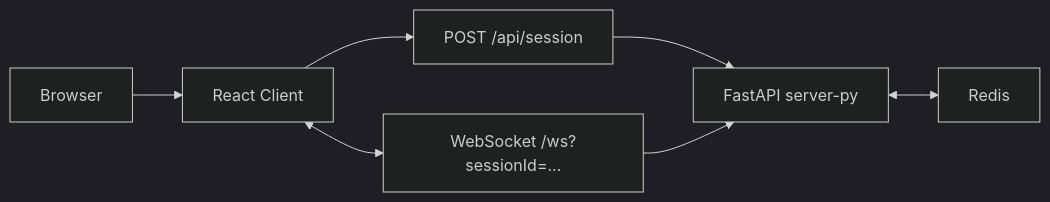
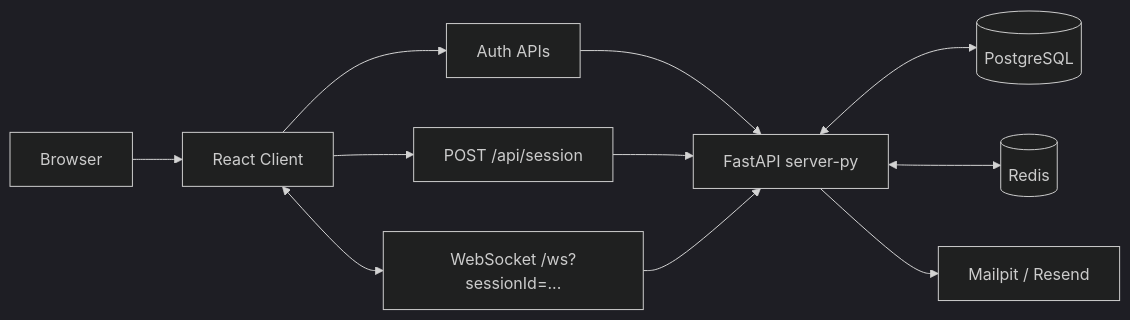
Before and after one commit to BarbieWinter/SKLinkChat: the diagram in ARCHITECTURE.md, drawn with Mermaid (dark theme). The commit also changed other lines of this file and 74 other files, not shown here.

````diff
--- a/ARCHITECTURE.md
+++ b/ARCHITECTURE.md
@@ -13,9 +15,13 @@
 ```mermaid
 flowchart LR
     A[Browser] --> B[React Client]
-    B --> C[POST /api/session]
-    B <--> D[WebSocket /ws?sessionId=...]
-    C --> E[FastAPI server-py]
-    D --> E
-    E <--> F[Redis]
+    B --> C[Auth APIs]
+    B --> D[POST /api/session]
+    B <--> E[WebSocket /ws?sessionId=...]
+    C --> F[FastAPI server-py]
+    D --> F
+    E --> F
+    F <--> G[(PostgreSQL)]
+    F <--> H[(Redis)]
+    F --> I[Mailpit / Resend]
 ```
````
